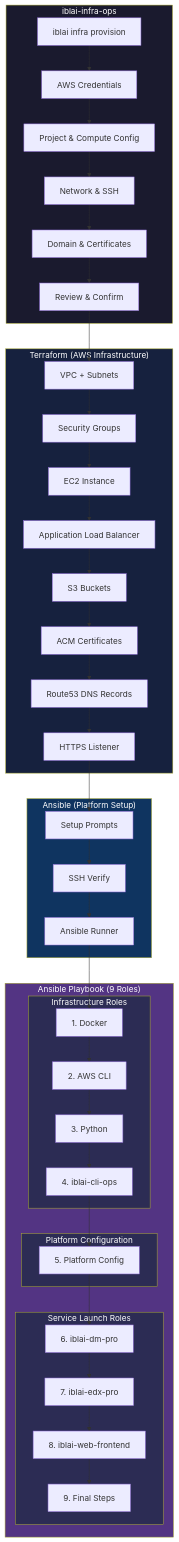
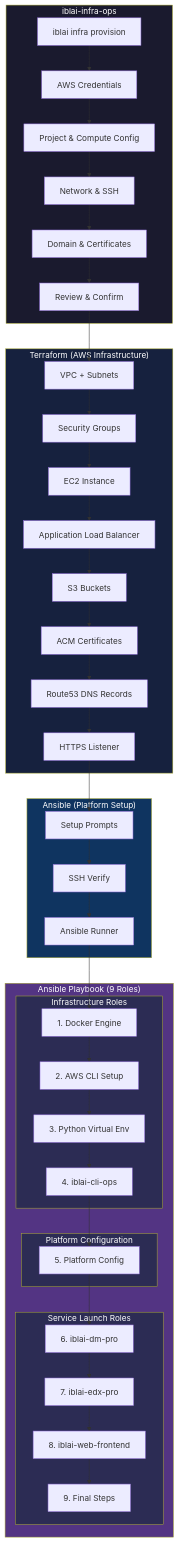
Before and after one commit to iblai/iblai-infra-cli: the first of 3 diagrams in docs/architecture.md, drawn with Mermaid.

Commit message:
docs: rename infrastructure role labels in diagram

````diff
--- a/docs/architecture.md
+++ b/docs/architecture.md
@@ -5,57 +5,57 @@
 ```mermaid
 flowchart TB
     subgraph CLI["iblai-infra-ops"]
         A[iblai infra provision] --> P1[AWS Credentials]
         P1 --> P2[Project & Compute Config]
         P2 --> P3[Network & SSH]
         P3 --> P4[Domain & Certificates]
         P4 --> P5[Review & Confirm]
     end
 
     subgraph TF["Terraform (AWS Infrastructure)"]
         P5 --> TF1[VPC + Subnets]
         TF1 --> TF2[Security Groups]
         TF2 --> TF3[EC2 Instance]
         TF3 --> TF4[Application Load Balancer]
         TF4 --> TF5[S3 Buckets]
         TF5 --> TF6[ACM Certificates]
         TF6 --> TF7[Route53 DNS Records]
         TF7 --> TF8[HTTPS Listener]
     end
 
     subgraph SETUP["Ansible (Platform Setup)"]
         TF8 --> S1[Setup Prompts]
         S1 --> S2[SSH Verify]
         S2 --> S3[Ansible Runner]
     end
 
     subgraph ANSIBLE["Ansible Playbook (9 Roles)"]
         S3 --> R1
 
         subgraph INFRA_ROLES["Infrastructure Roles"]
-            R1["1. Docker"]
-            R1 --> R2["2. AWS CLI"]
-            R2 --> R3["3. Python"]
+            R1["1. Docker Engine"]
+            R1 --> R2["2. AWS CLI Setup"]
+            R2 --> R3["3. Python Virtual Env"]
             R3 --> R4["4. iblai-cli-ops"]
         end
 
         subgraph CONFIG_ROLE["Platform Configuration"]
             R4 --> R5["5. Platform Config"]
         end
 
         subgraph SERVICE_ROLES["Service Launch Roles"]
             R5 --> R6["6. iblai-dm-pro"]
             R6 --> R7["7. iblai-edx-pro"]
             R7 --> R8["8. iblai-web-frontend"]
             R8 --> R9["9. Final Steps"]
         end
     end
 
     style CLI fill:#1a1a2e,color:#fff
     style TF fill:#16213e,color:#fff
     style SETUP fill:#0f3460,color:#fff
     style ANSIBLE fill:#533483,color:#fff
     style INFRA_ROLES fill:#2c2c54,color:#fff
     style CONFIG_ROLE fill:#2c2c54,color:#fff
     style SERVICE_ROLES fill:#2c2c54,color:#fff
 ```
````
